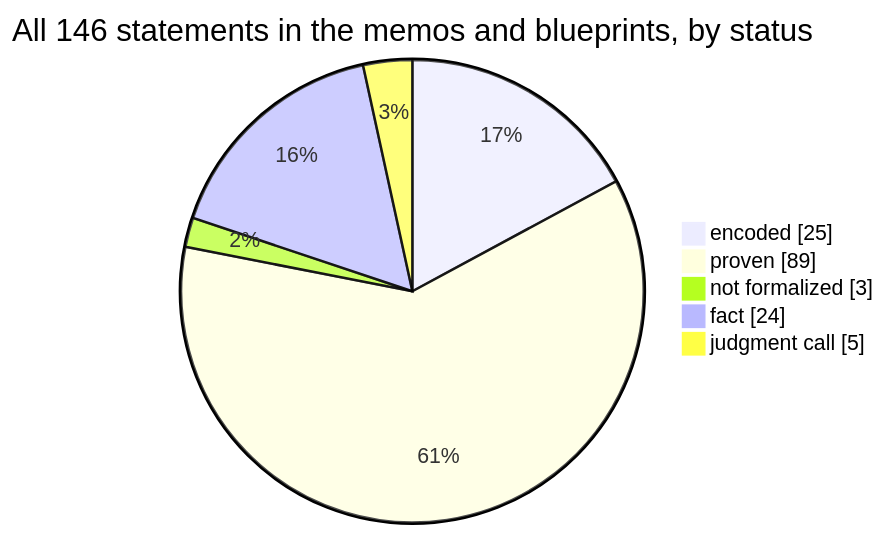
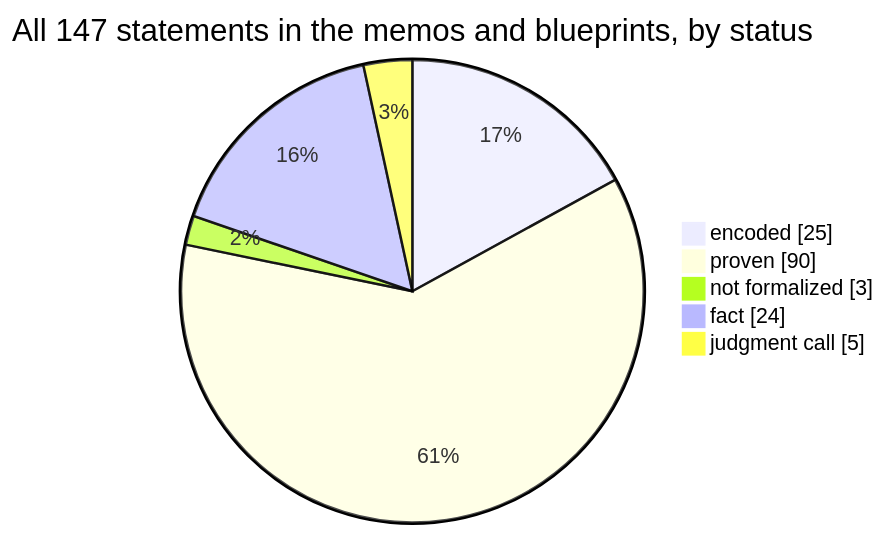
The first of 4 diagrams in docs/graphs/dashboard.md (SeanWMurray/Canteen), drawn with Mermaid before and after one commit. The commit also changed other lines of this file and 17 other files, not shown here.

````diff
--- a/docs/graphs/dashboard.md
+++ b/docs/graphs/dashboard.md
@@ -11,8 +11,8 @@
 ```mermaid
-pie showData title All 146 statements in the memos and blueprints, by status
+pie showData title All 147 statements in the memos and blueprints, by status
     "encoded" : 25
-    "proven" : 89
+    "proven" : 90
     "not formalized" : 3
     "fact" : 24
     "judgment call" : 5
 ```
````
